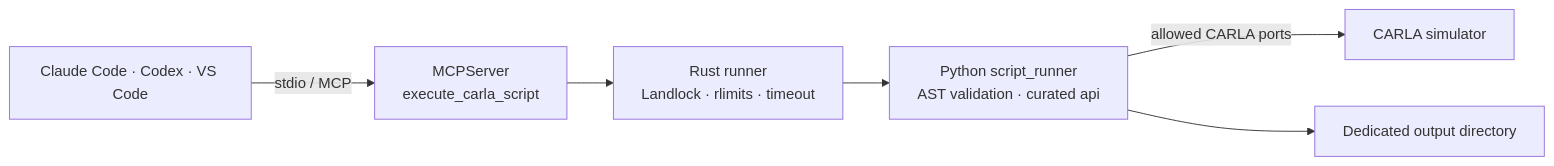
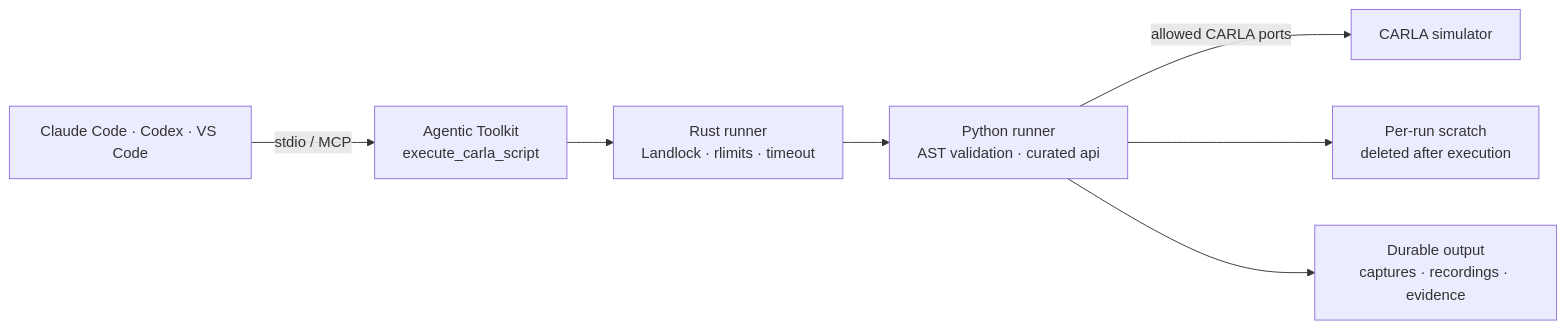
The diagram in README.md (sidkolapalli/carla-agentic-toolkit), drawn with Mermaid before and after one commit. The commit also changed other lines of this file and 1 other file, not shown here.

````diff
--- a/README.md
+++ b/README.md
@@ -72,8 +189,9 @@
 ```mermaid
 flowchart LR
-    Client["Claude Code · Codex · VS Code"] -->|stdio / MCP| Server["MCPServer<br/>execute_carla_script"]
+    Client["Claude Code · Codex · VS Code"] -->|stdio / MCP| Server["Agentic Toolkit<br/>execute_carla_script"]
     Server --> Runner["Rust runner<br/>Landlock · rlimits · timeout"]
-    Runner --> Script["Python script_runner<br/>AST validation · curated api"]
-    Script -->|allowed CARLA ports| Carla["CARLA simulator"]
-    Script --> Output["Dedicated output directory"]
+    Runner --> Guard["Python runner<br/>AST validation · curated api"]
+    Guard -->|allowed CARLA ports| Carla["CARLA simulator"]
+    Guard --> Scratch["Per-run scratch<br/>deleted after execution"]
+    Guard --> Output["Durable output<br/>captures · recordings · evidence"]
 ```
````
